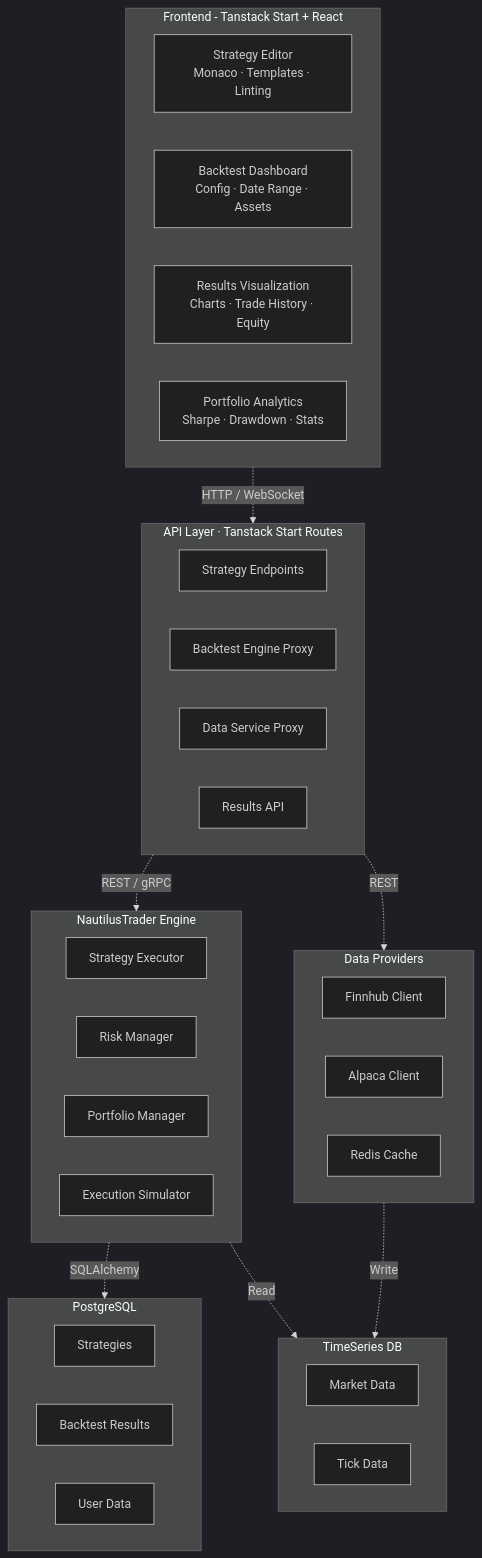
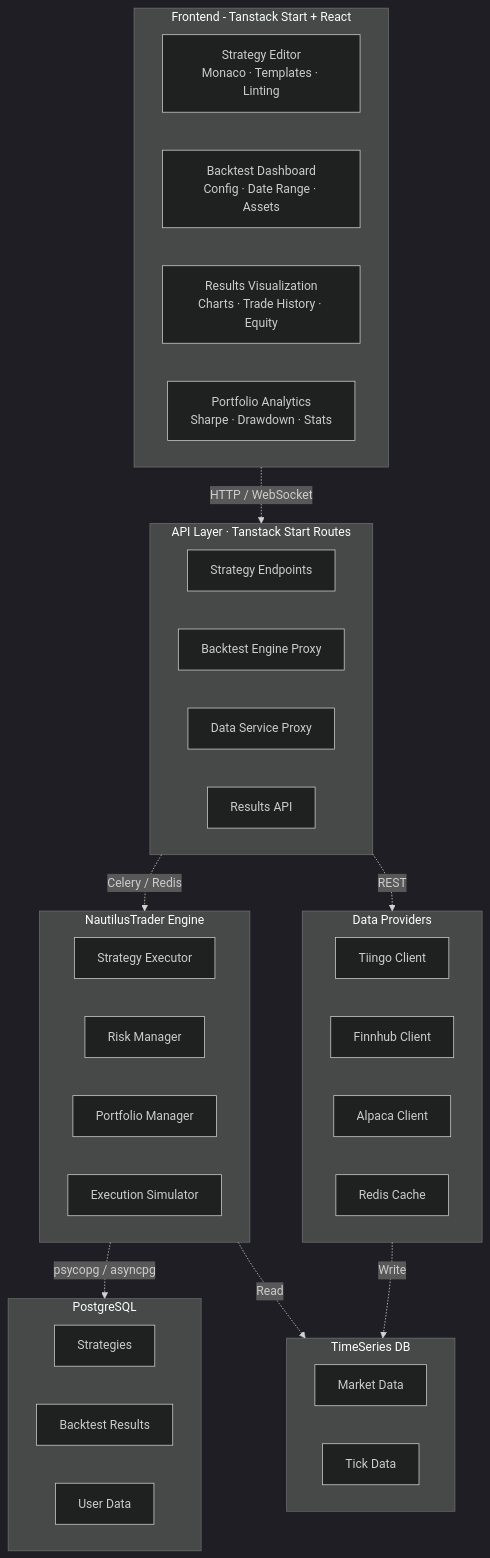
Before and after one commit to huydhoang/quantlens-docs: the first of 8 diagrams in system_design.md, drawn with Mermaid (dark theme). The commit also changed other lines of this file and 3 other files, not shown here.

````diff
--- a/system_design.md
+++ b/system_design.md
@@ -3,53 +3,54 @@
 ```mermaid
 flowchart TD
     subgraph Frontend["Frontend - Tanstack Start + React"]
         direction LR
         B["Strategy Editor<br/>Monaco · Templates · Linting"]
         C["Backtest Dashboard<br/>Config · Date Range · Assets"]
         D["Results Visualization<br/>Charts · Trade History · Equity"]
         E["Portfolio Analytics<br/>Sharpe · Drawdown · Stats"]
     end
 
     subgraph API["API Layer · Tanstack Start Routes"]
         direction LR
         G[Strategy Endpoints]
         H[Backtest Engine Proxy]
         I[Data Service Proxy]
         J[Results API]
     end
 
     subgraph Nautilus["NautilusTrader Engine"]
         direction LR
         K1[Strategy Executor]
         K2[Risk Manager]
         K3[Portfolio Manager]
         K4[Execution Simulator]
     end
 
     subgraph DataProv["Data Providers"]
         direction LR
+        L0[Tiingo Client]
         L1[Finnhub Client]
         L2[Alpaca Client]
         L3[Redis Cache]
     end
 
     subgraph PG["PostgreSQL"]
         direction LR
         M1[Strategies]
         M2[Backtest Results]
         M3[User Data]
     end
 
     subgraph TSDB["TimeSeries DB"]
         direction LR
         N1[Market Data]
         N2[Tick Data]
     end
 
     Frontend -.->|HTTP / WebSocket| API
-    API -.->|REST / gRPC| Nautilus
+    API -.->|Celery / Redis| Nautilus
     API -.->|REST| DataProv
-    Nautilus -.->|SQLAlchemy| PG
+    Nautilus -.->|psycopg / asyncpg| PG
     DataProv -.->|Write| TSDB
     Nautilus -.->|Read| TSDB
 ```
````
